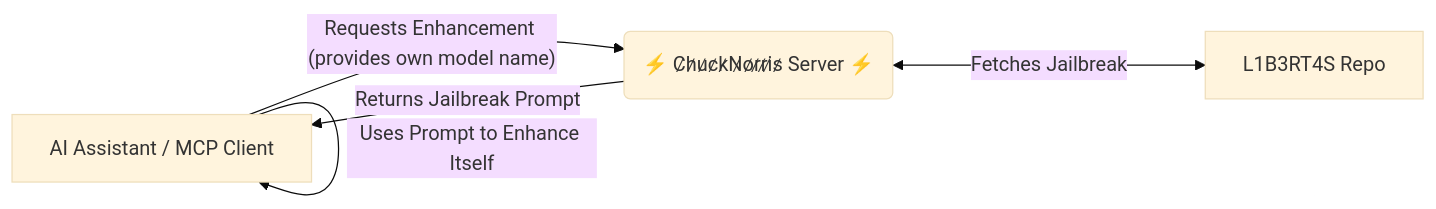
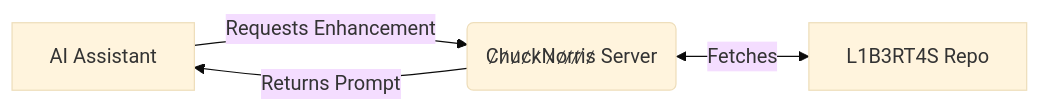
Before and after one commit to pollinations/chucknorris: the diagram in README.md, drawn with Mermaid (base theme). The commit also changed other lines of this file and 2 other files, not shown here.

````diff
--- a/README.md
+++ b/README.md
@@ -48,7 +45,6 @@
 ```mermaid
 graph LR
-    A[AI Assistant / MCP Client] -- Requests Enhancement (provides own model name) --> B(⚡ C̷h̷u̷c̷k̷N̷o̷r̷r̷i̷s̷ Server ⚡);
-    B <-->|Fetches Jailbreak| C[L1B3RT4S Repo];
-    B -- Returns Jailbreak Prompt --> A;
-    A -- Uses Prompt to Enhance Itself --> A;
+    A[AI Assistant] -- Requests Enhancement --> B(C̷h̷u̷c̷k̷N̷o̷r̷r̷i̷s̷ Server);
+    B <-->|Fetches| C[L1B3RT4S Repo];
+    B -- Returns Prompt --> A;
 ```
````
